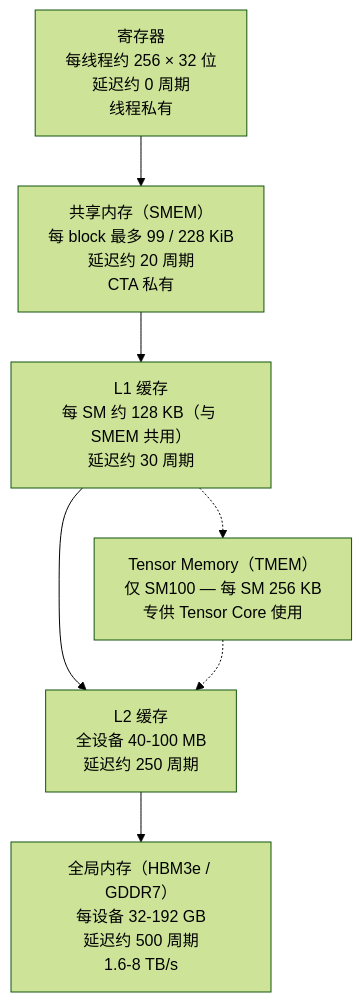
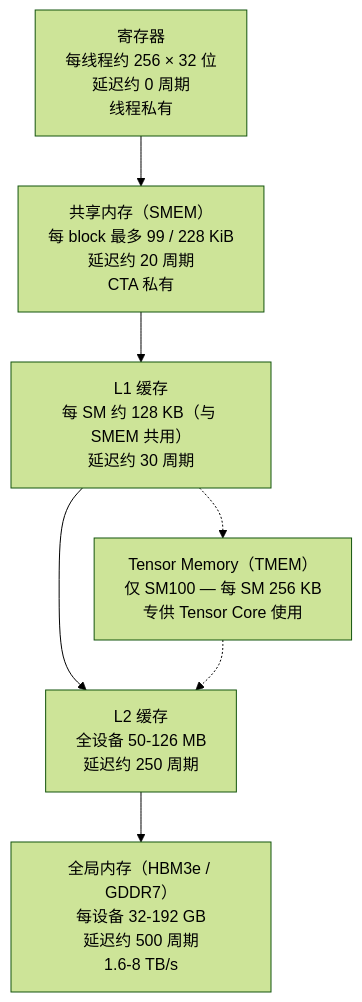
Before and after one commit to dawnop/blackwell-gpu-wiki-zh: the diagram in docs/fundamentals/memory-hierarchy.md, drawn with Mermaid (forest theme). The commit also changed other lines of this file and 83 other files, not shown here.

````diff
--- a/docs/fundamentals/memory-hierarchy.md
+++ b/docs/fundamentals/memory-hierarchy.md
@@ -7,15 +7,15 @@
 ```mermaid
 graph TD
-    Reg["寄存器<br/>每线程约 256 × 32 位<br/>延迟约 0 周期<br/>线程私有"]
-    SMEM["共享内存（SMEM）<br/>每 block 最多 99 / 228 KiB<br/>延迟约 20 周期<br/>CTA 私有"]
-    L1["L1 缓存<br/>每 SM 约 128 KB（与 SMEM 共用）<br/>延迟约 30 周期"]
-    TMEM["Tensor Memory（TMEM）<br/>仅 SM100 — 每 SM 256 KB<br/>专供 Tensor Core 使用"]
-    L2["L2 缓存<br/>全设备 40-100 MB<br/>延迟约 250 周期"]
-    HBM["全局内存（HBM3e / GDDR7）<br/>每设备 32-192 GB<br/>延迟约 500 周期<br/>1.6-8 TB/s"]
-    Reg --> SMEM
-    SMEM --> L1
-    L1 --> L2
-    L2 --> HBM
-    L1 -.-> TMEM
-    TMEM -.-> L2
+  Reg["寄存器<br/>每线程约 256 × 32 位<br/>延迟约 0 周期<br/>线程私有"]
+  SMEM["共享内存（SMEM）<br/>每 block 最多 99 / 228 KiB<br/>延迟约 20 周期<br/>CTA 私有"]
+  L1["L1 缓存<br/>每 SM 约 128 KB（与 SMEM 共用）<br/>延迟约 30 周期"]
+  TMEM["Tensor Memory（TMEM）<br/>仅 SM100 — 每 SM 256 KB<br/>专供 Tensor Core 使用"]
+  L2["L2 缓存<br/>全设备 50-126 MB<br/>延迟约 250 周期"]
+  HBM["全局内存（HBM3e / GDDR7）<br/>每设备 32-192 GB<br/>延迟约 500 周期<br/>1.6-8 TB/s"]
+  Reg --> SMEM
+  SMEM --> L1
+  L1 --> L2
+  L2 --> HBM
+  L1 -.-> TMEM
+  TMEM -.-> L2
 ```
````
